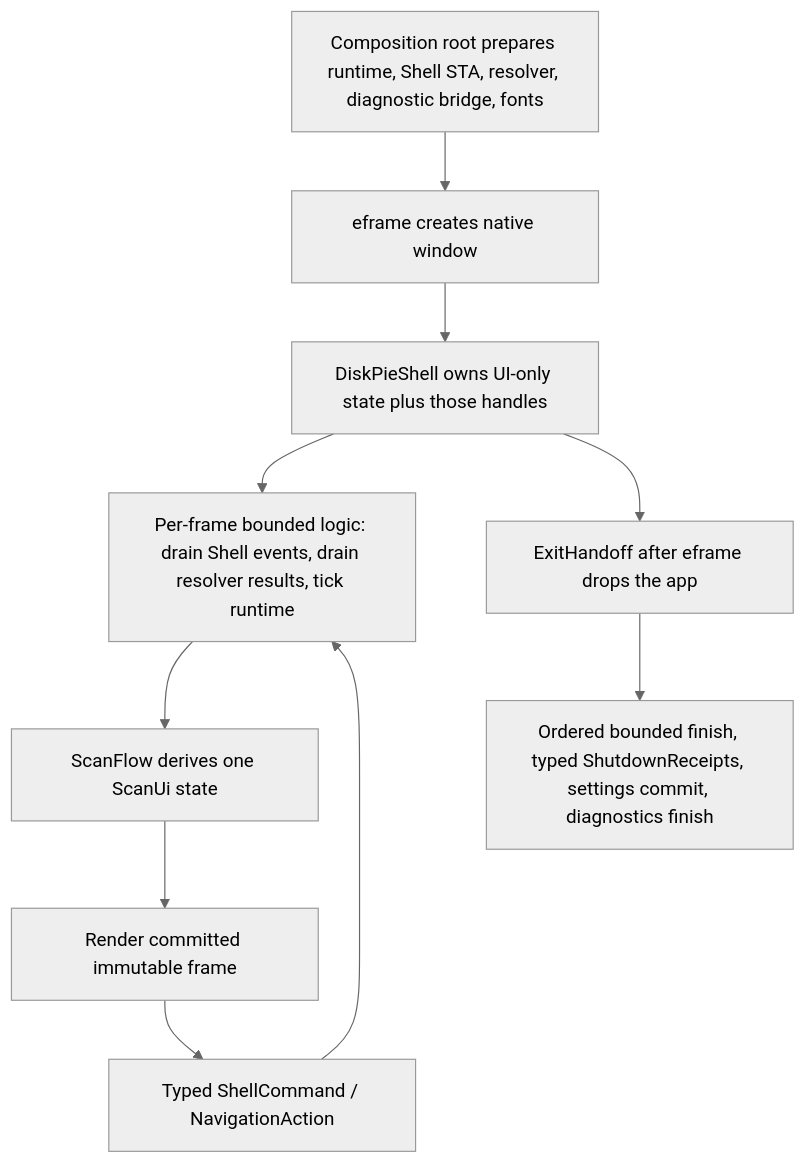
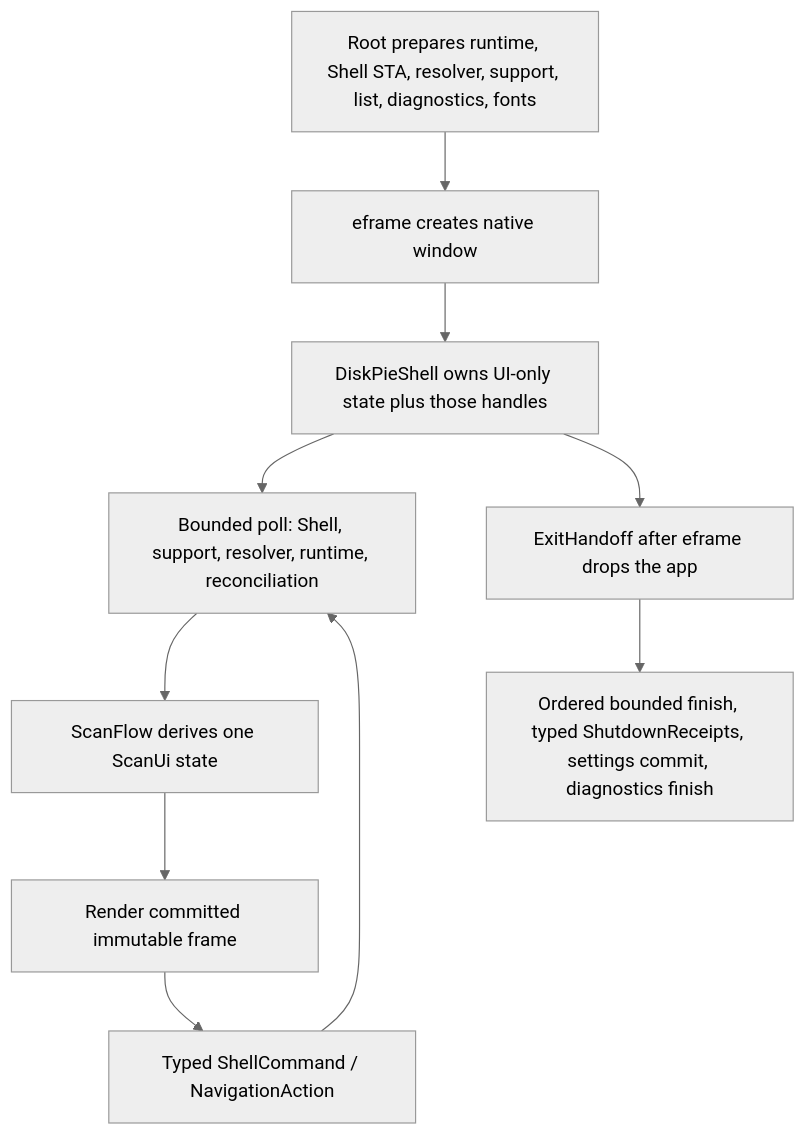
One commit to Luexi/diskpie changed the fourth of 5 diagrams in docs/architecture.md. Above: the diagram before and after it, drawn with Mermaid (neutral theme). The commit also changed other lines of this file and 219 other files, not shown here.

````diff
--- a/docs/architecture.md
+++ b/docs/architecture.md
@@ -314,12 +394,12 @@
 ```mermaid
 flowchart TD
-    Start["Composition root prepares runtime, Shell STA, resolver, diagnostic bridge, fonts"] --> Native["eframe creates native window"]
+    Start["Root prepares runtime, Shell STA, resolver, support, list, diagnostics, fonts"] --> Native["eframe creates native window"]
     Native --> Shell["DiskPieShell owns UI-only state plus those handles"]
-    Shell --> Logic["Per-frame bounded logic: drain Shell events, drain resolver results, tick runtime"]
+    Shell --> Logic["Bounded poll: Shell, support, resolver, runtime, reconciliation"]
     Logic --> Flow["ScanFlow derives one ScanUi state"]
     Flow --> View["Render committed immutable frame"]
     View --> Commands["Typed ShellCommand / NavigationAction"]
     Commands --> Logic
     Shell --> Exit["ExitHandoff after eframe drops the app"]
     Exit --> Finish["Ordered bounded finish, typed ShutdownReceipts, settings commit, diagnostics finish"]
 ```
````
